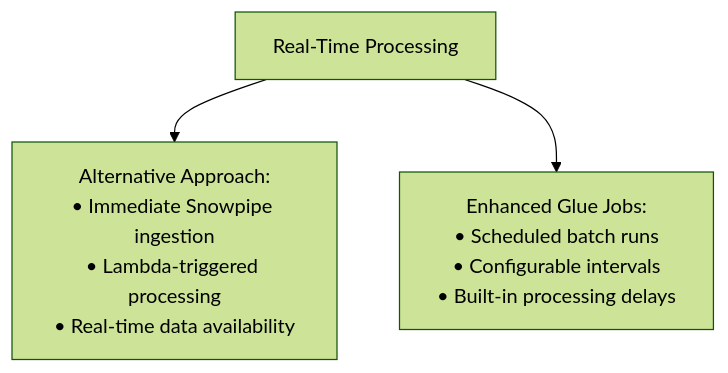
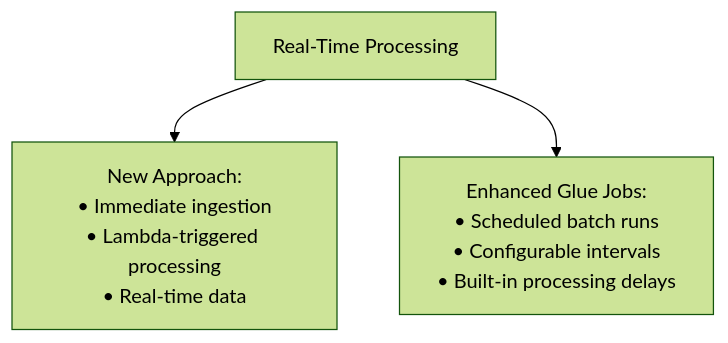
The fourth of 17 diagrams in mermaid.md (veronelazio/wezterm), drawn with Mermaid (forest theme) before and after one commit. The commit also changed other lines of this file, not shown here.

````diff
--- a/mermaid.md
+++ b/mermaid.md
@@ -61,5 +61,5 @@
 ```mermaid
 flowchart TD
-    B1["Real-Time Processing"] --> B2["Alternative Approach:<br/>• Immediate Snowpipe ingestion<br/>• Lambda-triggered processing<br/>• Real-time data availability"]
+    B1["Real-Time Processing"] --> B2["New Approach:<br/>• Immediate ingestion<br/>• Lambda-triggered processing<br/>• Real-time data"]
     B1 --> B3["Enhanced Glue Jobs:<br/>• Scheduled batch runs<br/>• Configurable intervals<br/>• Built-in processing delays"]
 ```
````
